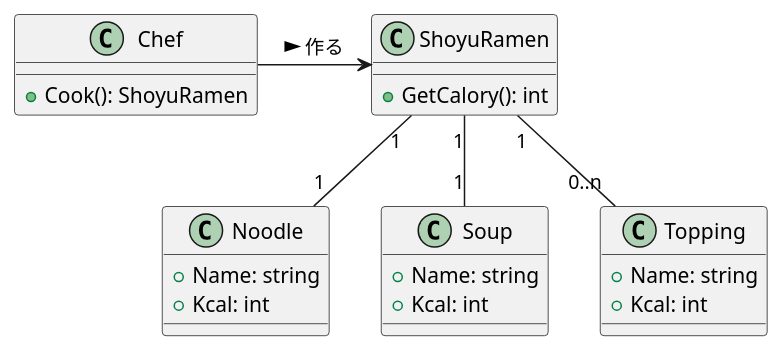
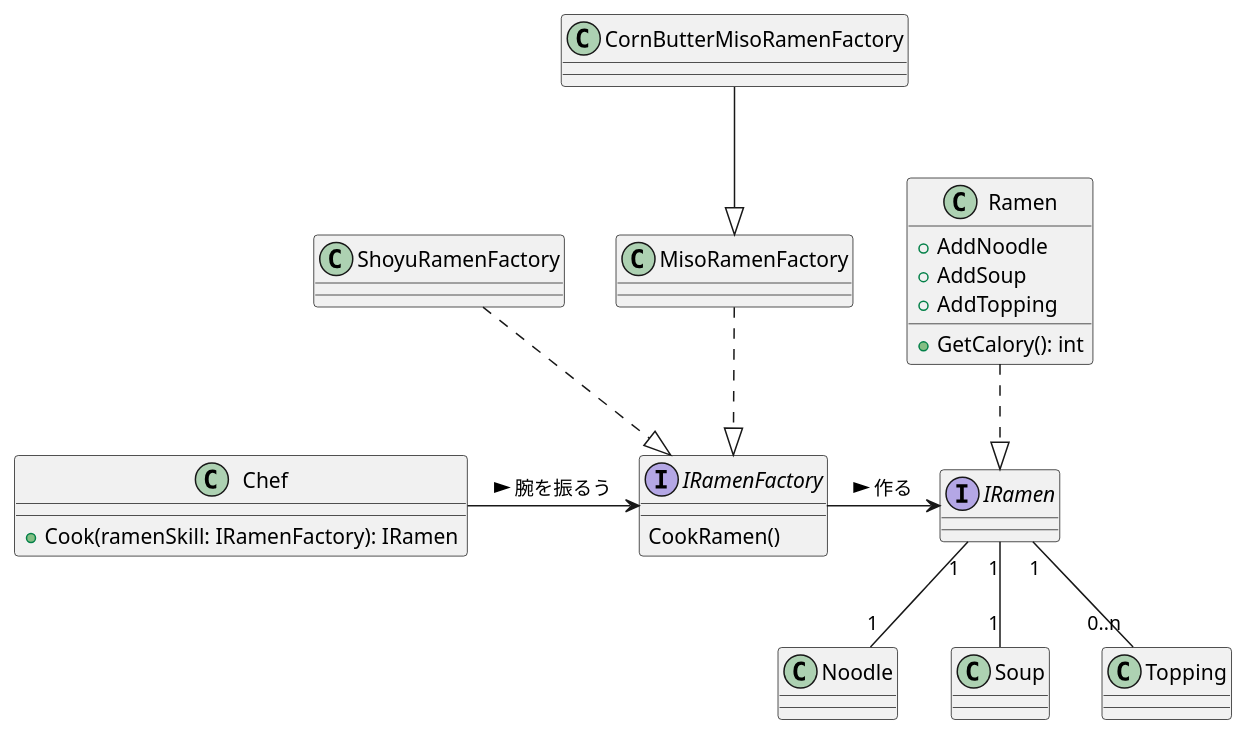
One commit to harima-molgroup/test changed the diagram in Education/Ramen/docs/ver1_醤油ラーメン クラス図.uml.md. Above: the diagram before and after it, drawn with PlantUML. The commit also changed 1 other file, not shown here.

Commit message:
修正クラス図(ver1) を更新

````diff
--- a/Education/Ramen/docs/ver1_醤油ラーメン クラス図.uml.md
+++ b/Education/Ramen/docs/ver1_醤油ラーメン クラス図.uml.md
@@ -1,31 +1,41 @@
 ``` uml
 @startuml
 
 class Chef {
-  + Cook(): ShoyuRamen 
+  + Cook(ramenSkill: IRamenFactory): IRamen 
 }
 
-class ShoyuRamen {
+interface IRamen
+
+class Ramen {
+  + AddNoodle
+  + AddSoup
+  + AddTopping
   + GetCalory(): int
 }
+Ramen ..|> IRamen
 
-class Noodle {
-  + Name: string
-  + Kcal: int
+class Noodle 
+class Soup 
+class Topping
+
+Chef -> IRamenFactory : > 腕を振るう
+IRamen "1" -- "1" Noodle
+IRamen "1" -- "1" Soup
+IRamen "1" -- "0..n" Topping
+
+interface IRamenFactory {
+  CookRamen()
 }
-class Soup {
-  + Name: string
-  + Kcal: int
-}
-class Topping {
-  + Name: string
-  + Kcal: int
-}
+IRamenFactory -> IRamen : > 作る
 
-Chef -> ShoyuRamen : > 作る
-ShoyuRamen "1" -- "1" Noodle
-ShoyuRamen "1" -- "1" Soup
-ShoyuRamen "1" -- "0..n" Topping
+class ShoyuRamenFactory
+class MisoRamenFactory
+class CornButterMisoRamenFactory
+ShoyuRamenFactory ..|> IRamenFactory
+MisoRamenFactory ..|> IRamenFactory
+
+CornButterMisoRamenFactory --|> MisoRamenFactory
 
 @enduml
 ```
````
